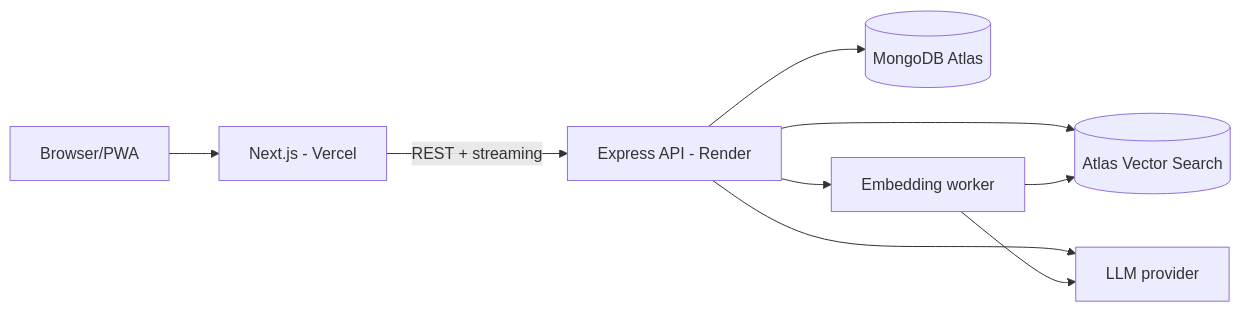
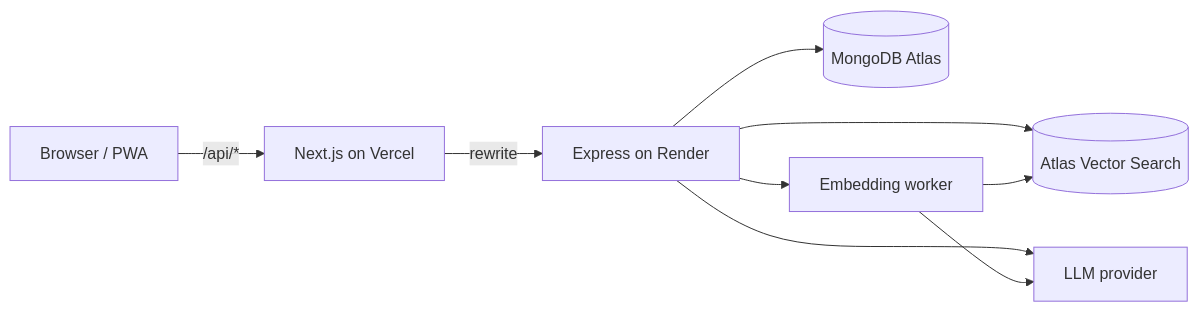
The diagram in docs/architecture.md (pallavkafle/tasksathi), drawn with Mermaid before and after one commit. The commit also changed other lines of this file and 5 other files, not shown here.

````diff
--- a/docs/architecture.md
+++ b/docs/architecture.md
@@ -46,11 +48,11 @@
 ```mermaid
 flowchart LR
-  U[Browser/PWA] --> W[Next.js - Vercel]
-  W -->|REST + streaming| A[Express API - Render]
+  U[Browser / PWA] -->|/api/*| W[Next.js on Vercel]
+  W -->|rewrite| A[Express on Render]
   A --> M[(MongoDB Atlas)]
   A --> V[(Atlas Vector Search)]
   A --> L[LLM provider]
   A --> Q[Embedding worker]
   Q --> L
   Q --> V
 ```
````
